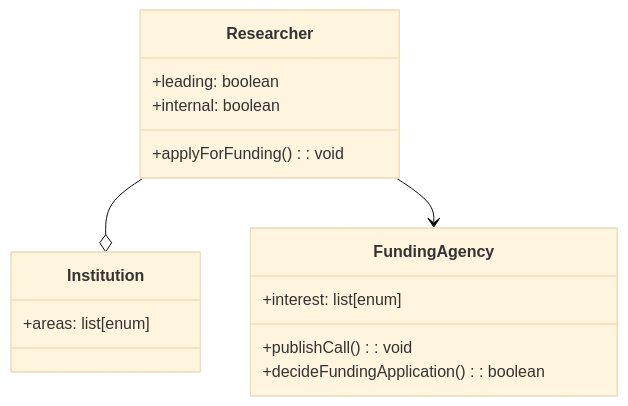
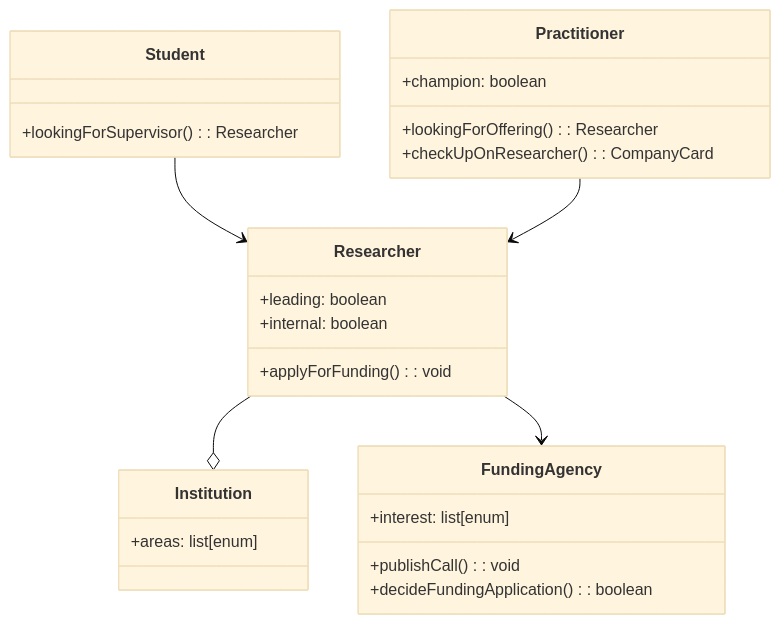
One commit to JulianFrattini/capability-matrix changed the diagram in docs/context-specification.md. Above: the diagram before and after it, drawn with Mermaid (base theme).

Commit message:
Revised stakeholder model (closes #2)

````diff
--- a/docs/context-specification.md
+++ b/docs/context-specification.md
@@ -22,21 +22,33 @@
 ```mermaid
 classDiagram
     class Researcher {
         +leading: boolean
         +internal: boolean
         +applyForFunding(): void
     }
 
     class Institution {
         +areas: list[enum]
     }
 
     class FundingAgency {
         +interest: list[enum]
         +publishCall(): void
         +decideFundingApplication(): boolean
     }
 
+    class Practitioner {
+        +champion: boolean
+        +lookingForOffering(): Researcher
+        +checkUpOnResearcher(): CompanyCard
+    }
+
+    class Student {
+        +lookingForSupervisor(): Researcher
+    }
+
     Researcher --o Institution
     Researcher --> FundingAgency
+    Student --> Researcher
+    Practitioner --> Researcher
 ```
````
